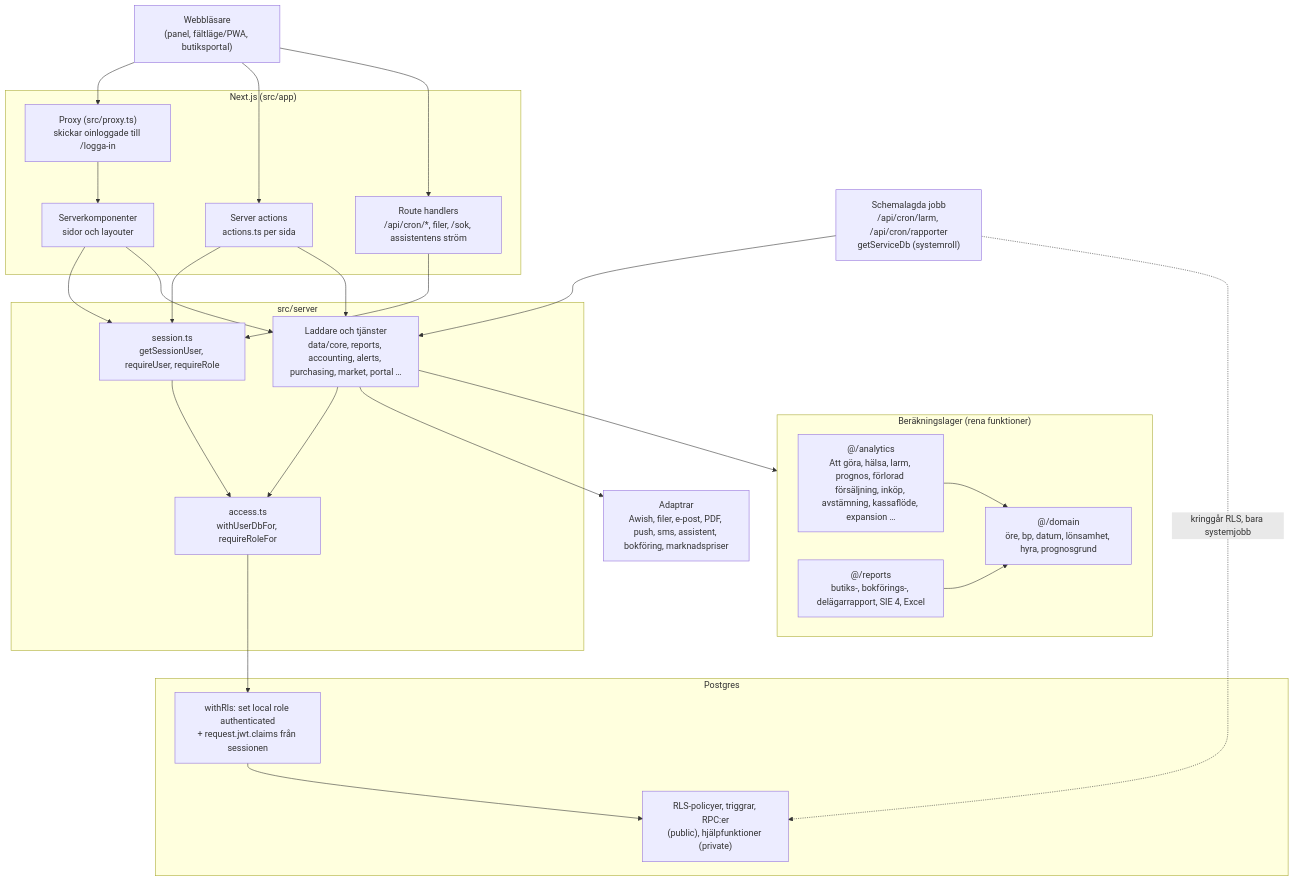
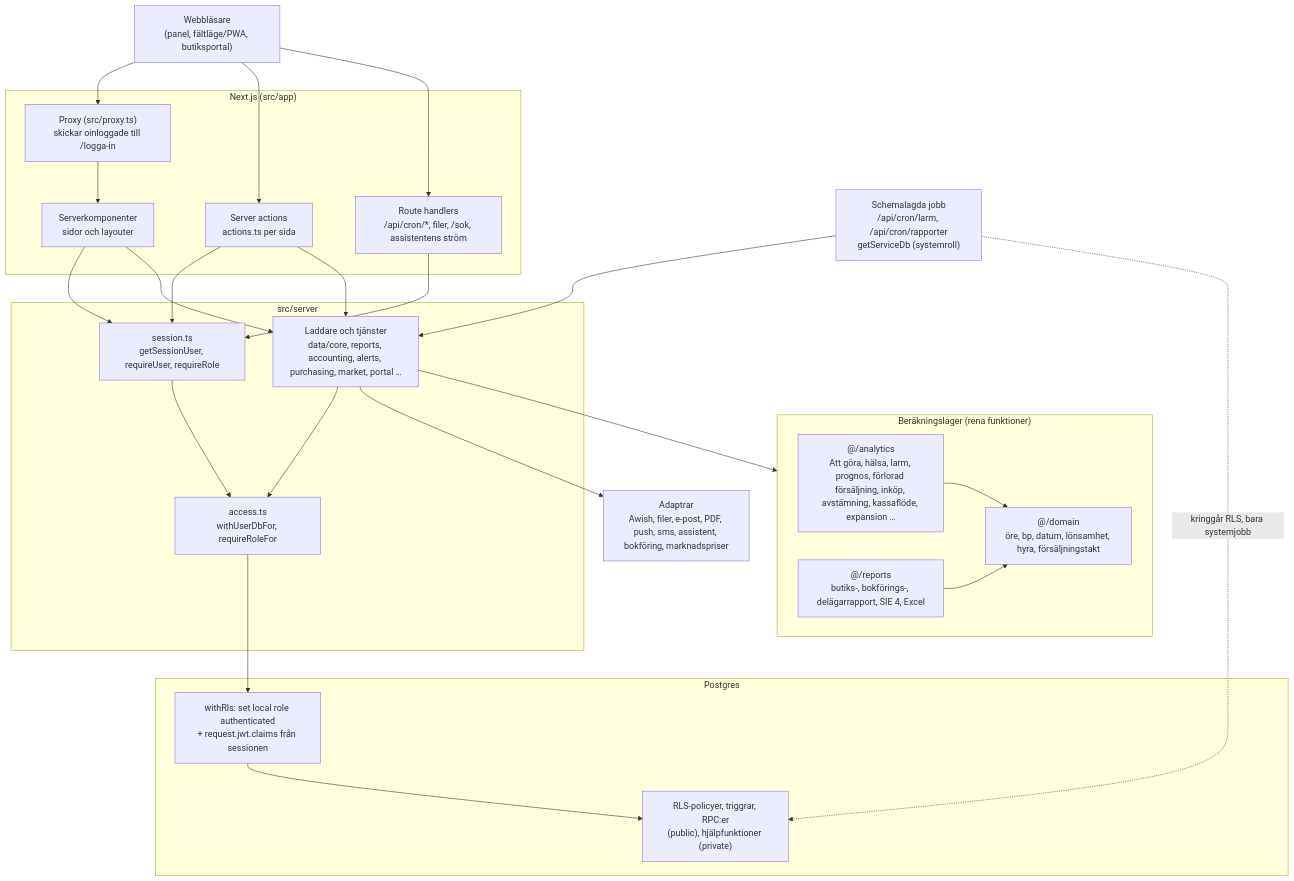
The first of 4 diagrams in docs/architecture.md (Thekinghim/Thekinghim-binderlab), drawn with Mermaid before and after one commit. The commit also changed other lines of this file and 54 other files, not shown here.

````diff
--- a/docs/architecture.md
+++ b/docs/architecture.md
@@ -22,43 +22,43 @@
 ```mermaid
 flowchart TD
   B["Webbläsare<br/>(panel, fältläge/PWA, butiksportal)"]
   subgraph NEXT["Next.js (src/app)"]
     RSC["Serverkomponenter<br/>sidor och layouter"]
     SA["Server actions<br/>actions.ts per sida"]
     RH["Route handlers<br/>/api/cron/*, filer, /sok, assistentens ström"]
     PX["Proxy (src/proxy.ts)<br/>skickar oinloggade till /logga-in"]
   end
   subgraph SERVER["src/server"]
     SES["session.ts<br/>getSessionUser, requireUser, requireRole"]
     ACC["access.ts<br/>withUserDbFor, requireRoleFor"]
     DATA["Laddare och tjänster<br/>data/core, reports, accounting, alerts, purchasing, market, portal …"]
   end
   subgraph CALC["Beräkningslager (rena funktioner)"]
-    DOM["@/domain<br/>öre, bp, datum, lönsamhet, hyra, prognosgrund"]
+    DOM["@/domain<br/>öre, bp, datum, lönsamhet, hyra, försäljningstakt"]
     ANA["@/analytics<br/>Att göra, hälsa, larm, prognos, förlorad försäljning, inköp, avstämning, kassaflöde, expansion …"]
     REP["@/reports<br/>butiks-, bokförings-, delägarrapport, SIE 4, Excel"]
   end
   subgraph DB["Postgres"]
     RLS["withRls: set local role authenticated<br/>+ request.jwt.claims från sessionen"]
     POL["RLS-policyer, triggrar, RPC:er<br/>(public), hjälpfunktioner (private)"]
   end
   ADP["Adaptrar<br/>Awish, filer, e-post, PDF, push, sms, assistent, bokföring, marknadspriser"]
   JOB["Schemalagda jobb<br/>/api/cron/larm, /api/cron/rapporter<br/>getServiceDb (systemroll)"]
 
   B --> PX --> RSC
   B --> SA
   B --> RH
   RSC --> SES
   SA --> SES
   RH --> SES
   SES --> ACC --> RLS --> POL
   RSC --> DATA
   SA --> DATA
   DATA --> ACC
   DATA --> CALC
   ANA --> DOM
   REP --> DOM
   DATA --> ADP
   JOB --> DATA
   JOB -. kringgår RLS, bara systemjobb .-> POL
 ```
````
